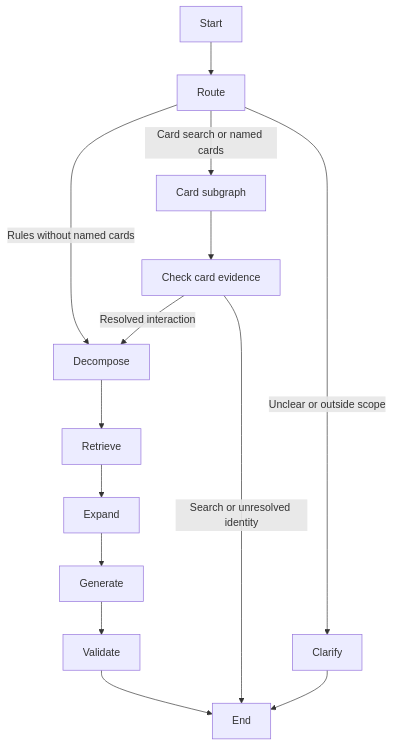
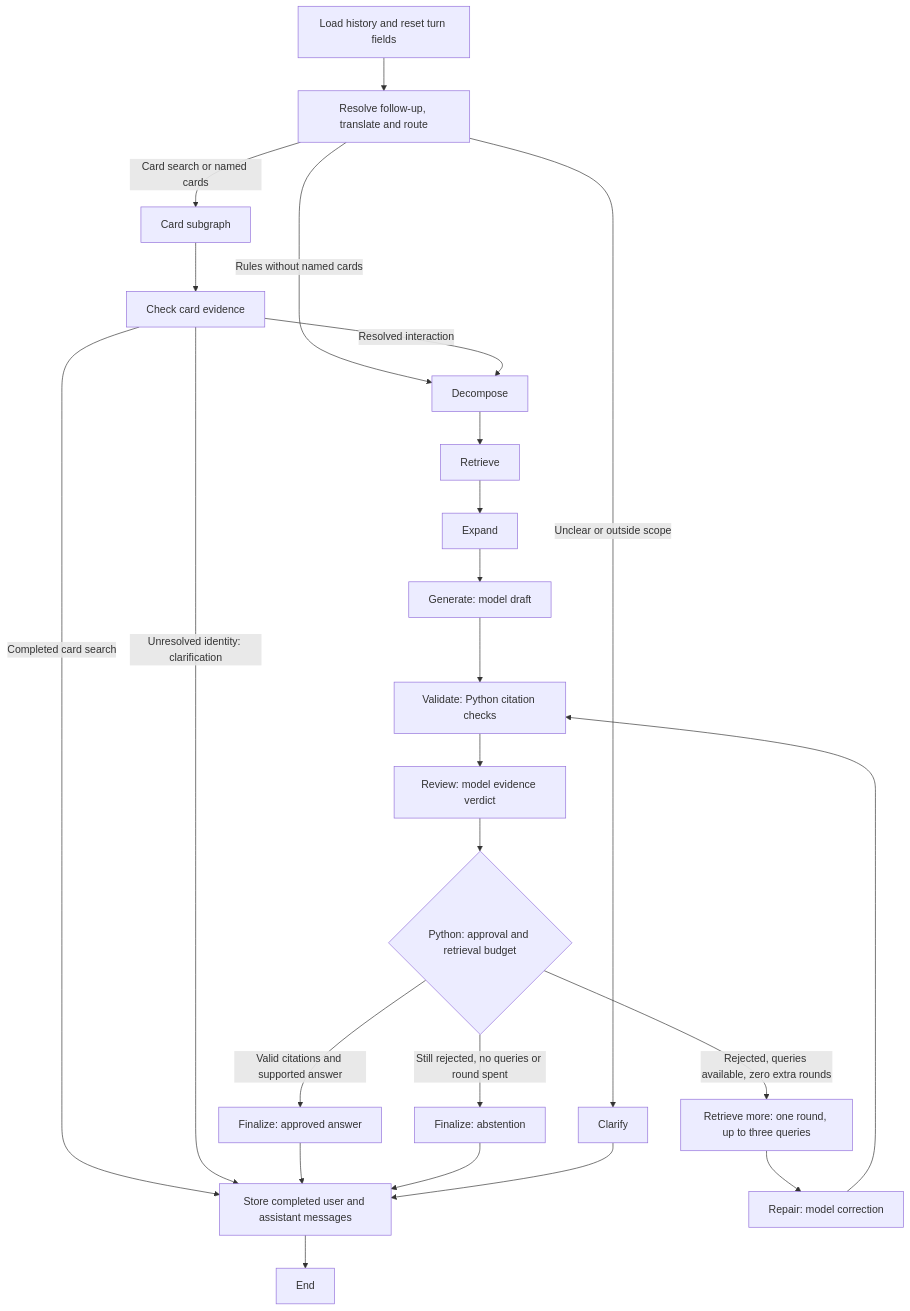
Before and after one commit to javicupeiro/magic-bot: the second of 3 diagrams in docs/architecture.md, drawn with Mermaid. The commit also changed other lines of this file and 31 other files, not shown here.

First line of the commit message:
Add conversation memory and bounded answer review.

````diff
--- a/docs/architecture.md
+++ b/docs/architecture.md
@@ -51,12 +51,23 @@
 ```mermaid
 flowchart TD
-    Start --> Route
+    Start[Load history and reset turn fields] --> Route[Resolve follow-up, translate and route]
     Route -->|Rules without named cards| Decompose
     Route -->|Card search or named cards| Cards[Card subgraph]
     Route -->|Unclear or outside scope| Clarify
     Cards --> Check[Check card evidence]
     Check -->|Resolved interaction| Decompose
-    Check -->|Search or unresolved identity| End
-    Decompose --> Retrieve --> Expand --> Generate --> Validate --> End
-    Clarify --> End
+    Check -->|Completed card search| Remember
+    Check -->|Unresolved identity: clarification| Remember
+    Decompose --> Retrieve --> Expand --> Generate[Generate: model draft]
+    Generate --> Validate[Validate: Python citation checks]
+    Validate --> Review[Review: model evidence verdict]
+    Review --> Gate{Python: approval and retrieval budget}
+    Gate -->|Valid citations and supported answer| Approved[Finalize: approved answer]
+    Gate -->|Rejected, queries available, zero extra rounds| More[Retrieve more: one round, up to three queries]
+    More --> Repair[Repair: model correction] --> Validate
+    Gate -->|Still rejected, no queries or round spent| Abstain[Finalize: abstention]
+    Approved --> Remember
+    Abstain --> Remember
+    Clarify --> Remember
+    Remember[Store completed user and assistant messages] --> End
 ```
````
